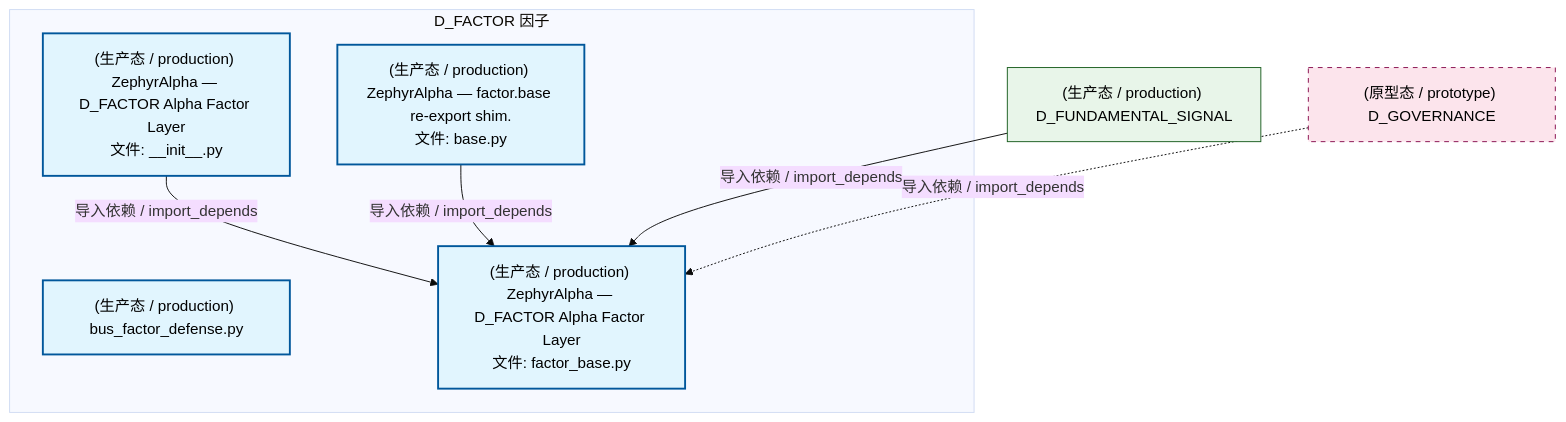
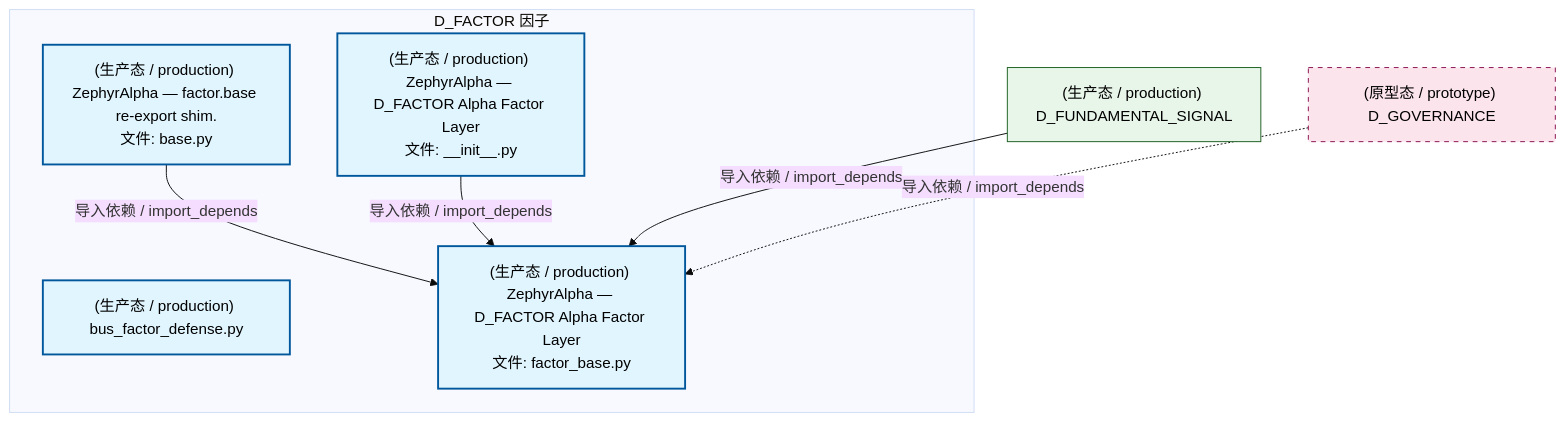
The second of 4 diagrams in docs/02_enterprise_architecture/02_domain_architecture_docs/29_d_factor.md (xuanFelixVan/ZephyrAlpha), drawn with Mermaid (base theme) before and after one commit. The commit also changed other lines of this file and 100 other files, not shown here.

````diff
--- a/docs/02_enterprise_architecture/02_domain_architecture_docs/29_d_factor.md
+++ b/docs/02_enterprise_architecture/02_domain_architecture_docs/29_d_factor.md
@@ -118,22 +119,22 @@
 ```mermaid
 graph TD
     subgraph D_FACTOR["D_FACTOR 因子"]
         src_zephyr_factor_init_py["(生产态 / production) ZephyrAlpha — D_FACTOR Alpha Factor Layer<br/>文件: __init__.py"]
         src_zephyr_factor_base_py["(生产态 / production) ZephyrAlpha — factor.base re-export shim.<br/>文件: base.py"]
         src_zephyr_factor_bus_factor_defense_py["(生产态 / production) bus_factor_defense.py"]
         src_zephyr_factor_factor_base_py["(生产态 / production) ZephyrAlpha — D_FACTOR Alpha Factor Layer<br/>文件: factor_base.py"]
     end
+    src_zephyr_factor_base_py -->|导入依赖 / import_depends| src_zephyr_factor_factor_base_py
     src_zephyr_factor_init_py -->|导入依赖 / import_depends| src_zephyr_factor_factor_base_py
-    src_zephyr_factor_base_py -->|导入依赖 / import_depends| src_zephyr_factor_factor_base_py
     D_FUNDAMENTAL_SIGNAL["(生产态 / production) D_FUNDAMENTAL_SIGNAL"]
     D_FUNDAMENTAL_SIGNAL -->|导入依赖 / import_depends| src_zephyr_factor_factor_base_py
     D_GOVERNANCE["(原型态 / prototype) D_GOVERNANCE"]
     D_GOVERNANCE -.->|导入依赖 / import_depends| src_zephyr_factor_factor_base_py
     classDef production fill:#e1f5fe,stroke:#01579b,stroke-width:2px,color:#000
     classDef design fill:#fff3e0,stroke:#e65100,stroke-width:2px,color:#000,stroke-dasharray: 5 5
     classDef external_prod fill:#e8f5e9,stroke:#1b5e20,stroke-width:1px,color:#000
     classDef external_design fill:#fce4ec,stroke:#880e4f,stroke-width:1px,color:#000,stroke-dasharray: 5 5
     class src_zephyr_factor_init_py,src_zephyr_factor_base_py,src_zephyr_factor_bus_factor_defense_py,src_zephyr_factor_factor_base_py production
     class D_FUNDAMENTAL_SIGNAL external_prod
     class D_GOVERNANCE external_design
 ```
````
